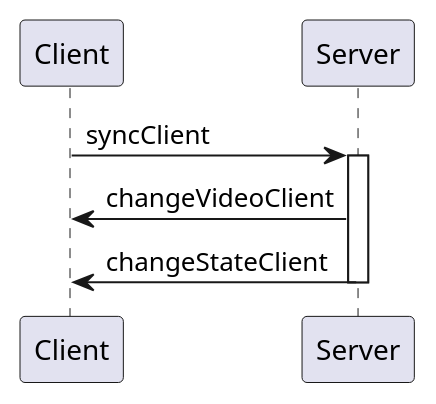
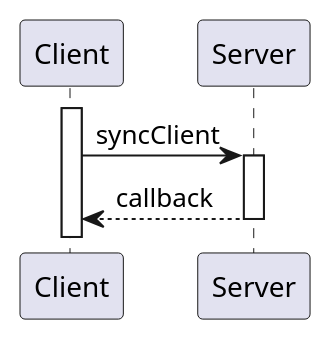
One commit to Dragicafit/Anime-Watch-Parties changed the diagram in wiki/resource/syncClient.puml. Above: the diagram before and after it, drawn with PlantUML. The commit also changed 21 other files, not shown here.

```diff
--- a/wiki/resource/syncClient.puml
+++ b/wiki/resource/syncClient.puml
@@ -1,9 +1,9 @@
 @startuml syncClient
 
+activate Client
 Client -> Server: syncClient
 activate Server
-Client <- Server: changeVideoClient
-Client <- Server: changeStateClient
+Client <-- Server: callback
 deactivate Server
 
 @enduml
```
